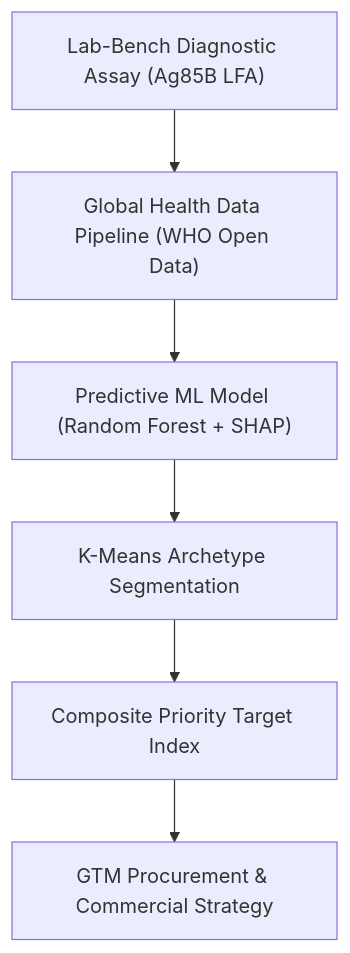
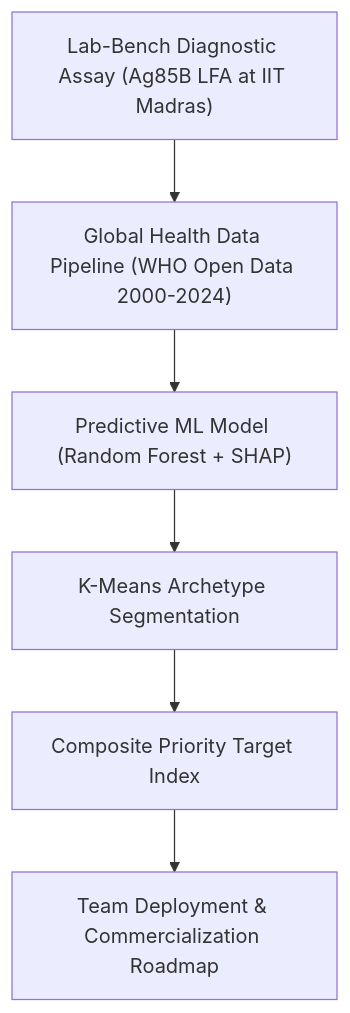
One commit to Mathedu-pandian/tb-diagnostic-gap-analysis changed the first of 3 diagrams in PRODUCT_CASE_STUDY.md. Above: the diagram before and after it, drawn with Mermaid. The commit also changed other lines of this file and 1 other file, not shown here.

Commit message:
docs: reframe PRD and strategy docs as institutional IIT Madras team decisions

````diff
--- a/PRODUCT_CASE_STUDY.md
+++ b/PRODUCT_CASE_STUDY.md
@@ -19,8 +20,8 @@
 ```mermaid
 graph TD
-    A["Lab-Bench Diagnostic Assay (Ag85B LFA)"] --> B["Global Health Data Pipeline (WHO Open Data)"]
+    A["Lab-Bench Diagnostic Assay (Ag85B LFA at IIT Madras)"] --> B["Global Health Data Pipeline (WHO Open Data 2000-2024)"]
     B --> C["Predictive ML Model (Random Forest + SHAP)"]
     C --> D["K-Means Archetype Segmentation"]
     D --> E["Composite Priority Target Index"]
-    E --> F["GTM Procurement & Commercial Strategy"]
+    E --> F["Team Deployment & Commercialization Roadmap"]
 ```
````
